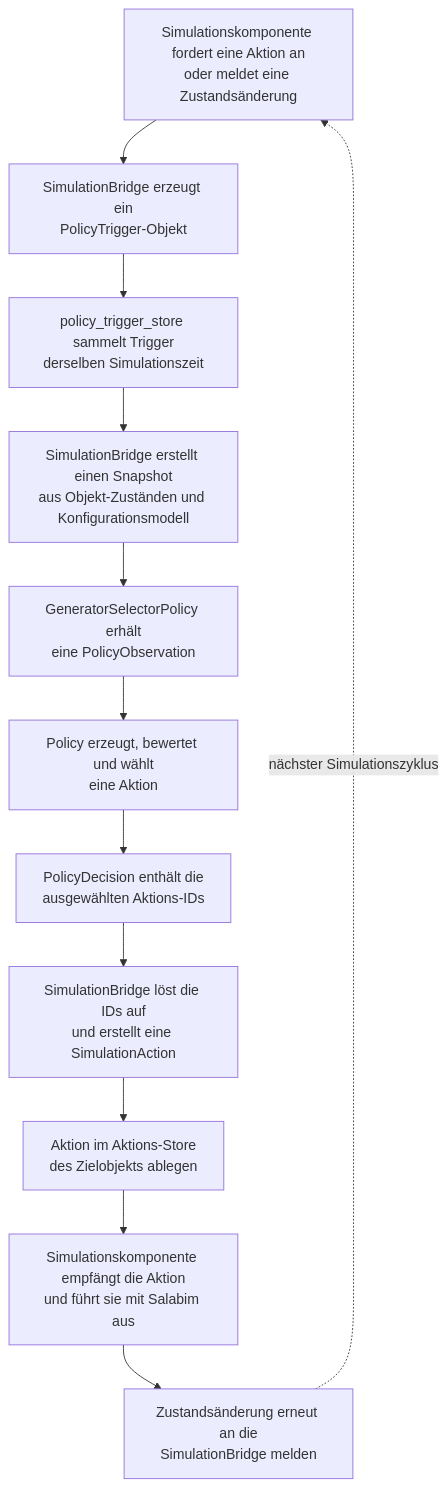
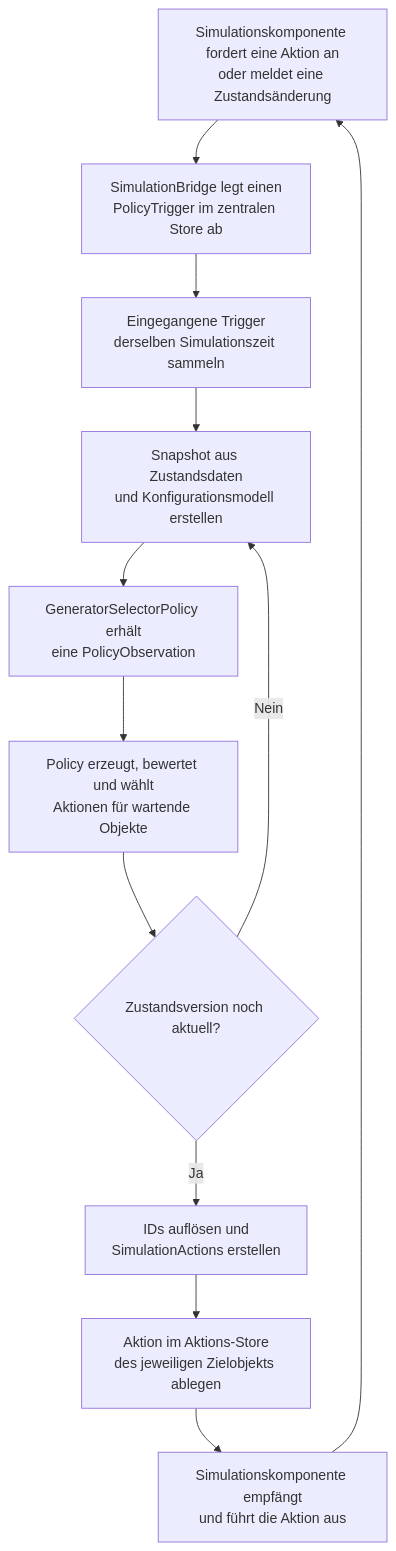
Before and after one commit to ghackenberg/SpineML: the third of 13 diagrams in README.md, drawn with Mermaid. The commit also changed other lines of this file, not shown here.

````diff
--- a/README.md
+++ b/README.md
@@ -541,15 +709,15 @@
 ```mermaid
 flowchart TD
     A[Simulationskomponente fordert eine Aktion an<br/>oder meldet eine Zustandsänderung]
-    A --> B[SimulationBridge erzeugt ein<br/>PolicyTrigger-Objekt]
-    B --> C[policy_trigger_store sammelt Trigger<br/>derselben Simulationszeit]
-    C --> D[SimulationBridge erstellt einen Snapshot<br/>aus Objekt-Zuständen und Konfigurationsmodell]
+    A --> B[SimulationBridge legt einen<br/>PolicyTrigger im zentralen Store ab]
+    B --> C[Eingegangene Trigger<br/>derselben Simulationszeit sammeln]
+    C --> D[Snapshot aus Zustandsdaten<br/>und Konfigurationsmodell erstellen]
     D --> E[GeneratorSelectorPolicy erhält<br/>eine PolicyObservation]
-    E --> F[Policy erzeugt, bewertet und wählt<br/>eine Aktion]
-    F --> G[PolicyDecision enthält die<br/>ausgewählten Aktions-IDs]
-    G --> H[SimulationBridge löst die IDs auf<br/>und erstellt eine SimulationAction]
-    H --> I[Aktion im Aktions-Store<br/>des Zielobjekts ablegen]
-    I --> J[Simulationskomponente empfängt die Aktion<br/>und führt sie mit Salabim aus]
-    J --> K[Zustandsänderung erneut an die<br/>SimulationBridge melden]
-    K -. nächster Simulationszyklus .-> A
+    E --> F[Policy erzeugt, bewertet und wählt<br/>Aktionen für wartende Objekte]
+    F --> G{Zustandsversion noch aktuell?}
+    G -- Nein --> D
+    G -- Ja --> H[IDs auflösen und<br/>SimulationActions erstellen]
+    H --> I[Aktion im Aktions-Store<br/>des jeweiligen Zielobjekts ablegen]
+    I --> J[Simulationskomponente empfängt<br/>und führt die Aktion aus]
+    J --> A
 ```
````
